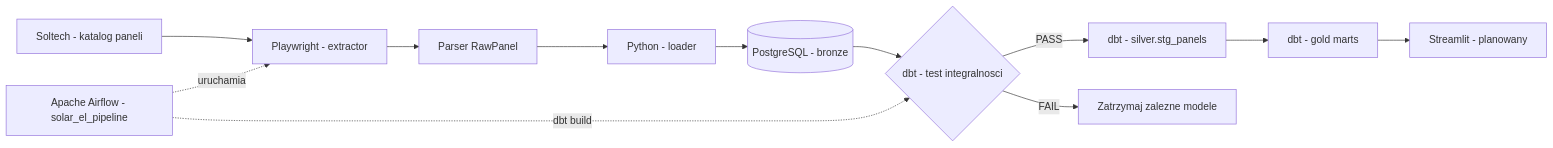
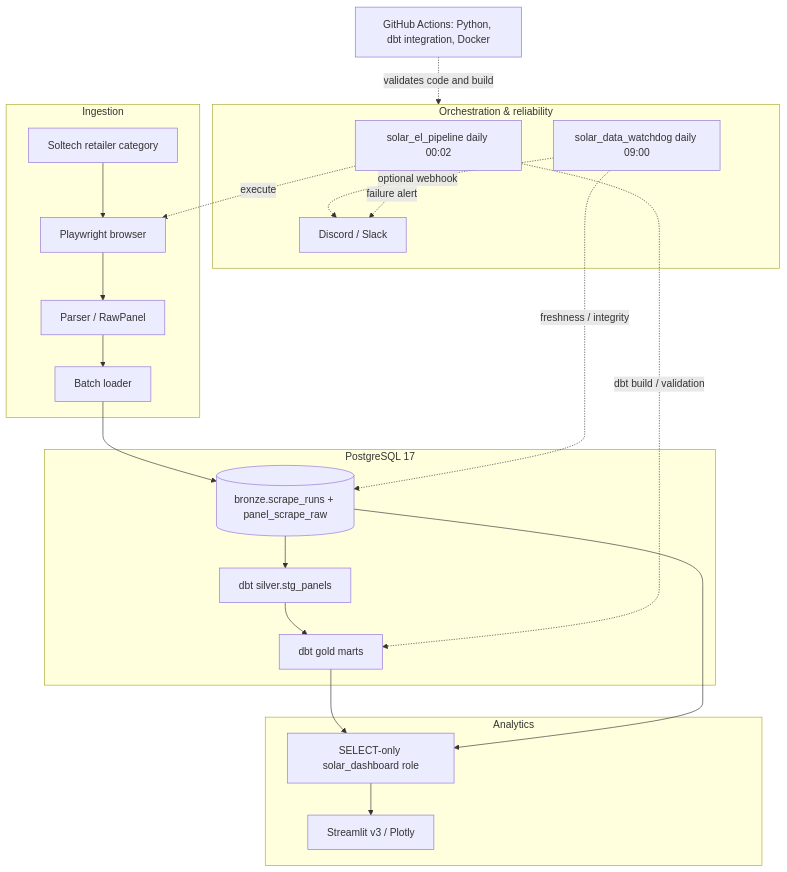
The diagram in docs/architecture.md (Dragozden/E2E-Solar-Scrapper), drawn with Mermaid before and after one commit. The commit also changed other lines of this file and 6 other files, not shown here.

````diff
--- a/docs/architecture.md
+++ b/docs/architecture.md
@@ -11,14 +7,26 @@
 ```mermaid
-flowchart LR
-    Shop[Soltech - katalog paneli] --> Extract[Playwright - extractor]
-    Extract --> Parse[Parser RawPanel]
-    Parse --> Load[Python - loader]
-    Load --> Bronze[(PostgreSQL - bronze)]
-    Bronze --> Gate{dbt - test integralnosci}
-    Gate -->|PASS| Silver[dbt - silver.stg_panels]
-    Silver --> Gold[dbt - gold marts]
-    Gate -->|FAIL| Fail[Zatrzymaj zalezne modele]
-    Gold --> UI[Streamlit - planowany]
-    Airflow[Apache Airflow - solar_el_pipeline] -. uruchamia .-> Extract
-    Airflow -. dbt build .-> Gate
+flowchart TB
+    subgraph extraction[Ingestion]
+        Site[Soltech retailer category] --> P[Playwright browser]
+        P --> Parser[Parser / RawPanel]
+        Parser --> Load[Batch loader]
+    end
+    subgraph storage[PostgreSQL 17]
+        Load --> Bronze[(bronze.scrape_runs + panel_scrape_raw)]
+        Bronze --> Silver[dbt silver.stg_panels]
+        Silver --> Gold[dbt gold marts]
+    end
+    subgraph presentation[Analytics]
+        Gold --> Reader[SELECT-only solar_dashboard role]
+        Bronze --> Reader
+        Reader --> UI[Streamlit v3 / Plotly]
+    end
+    subgraph ops[Orchestration & reliability]
+        Airflow[solar_el_pipeline daily 00:02] -. execute .-> P
+        Airflow -. dbt build / validation .-> Gold
+        Watchdog[solar_data_watchdog daily 09:00] -. freshness / integrity .-> Bronze
+        Watchdog -. optional webhook .-> Alert[Discord / Slack]
+        Airflow -. failure alert .-> Alert
+    end
+    CI[GitHub Actions: Python, dbt integration, Docker] -. validates code and build .-> ops
 ```
````
